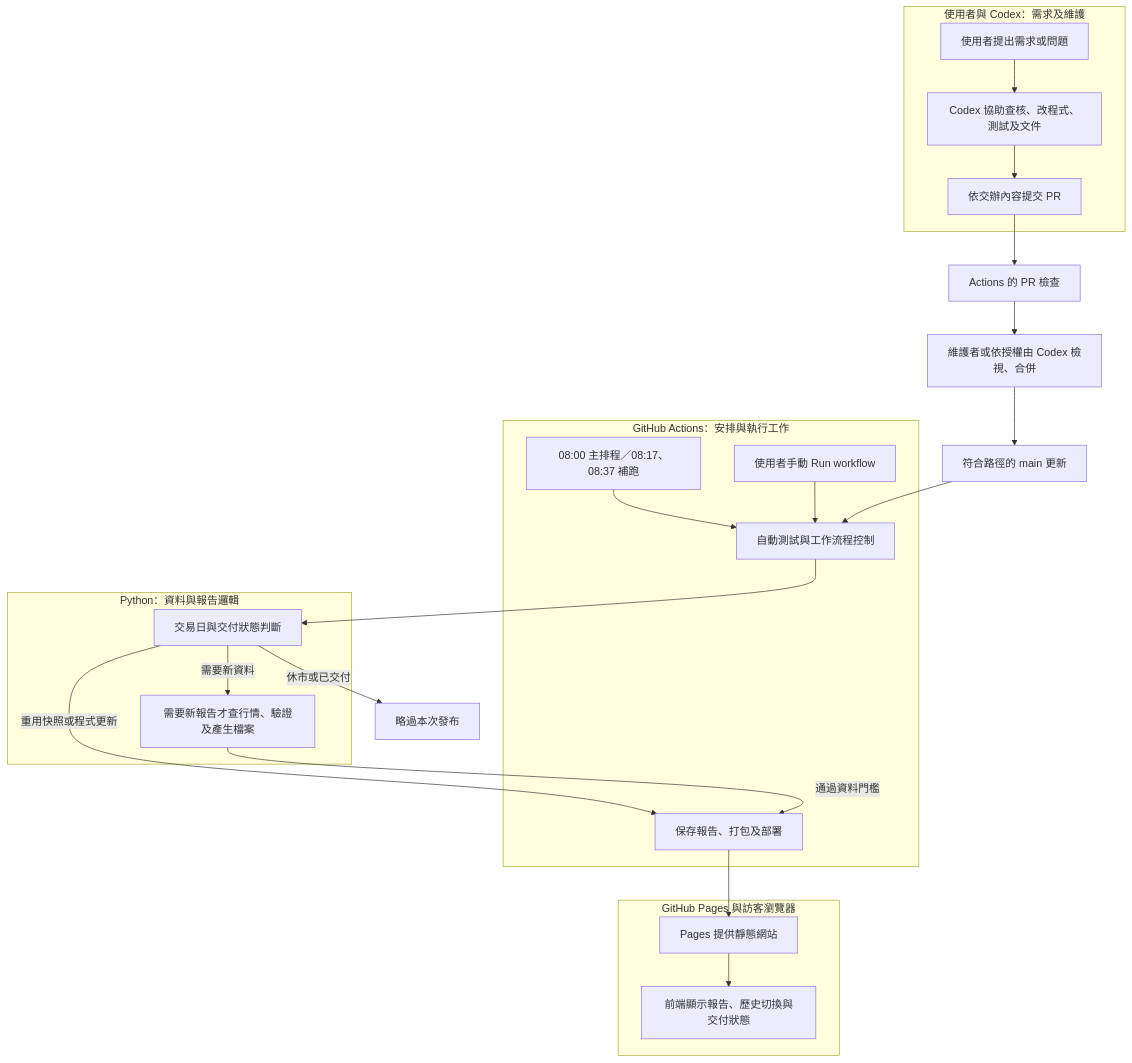
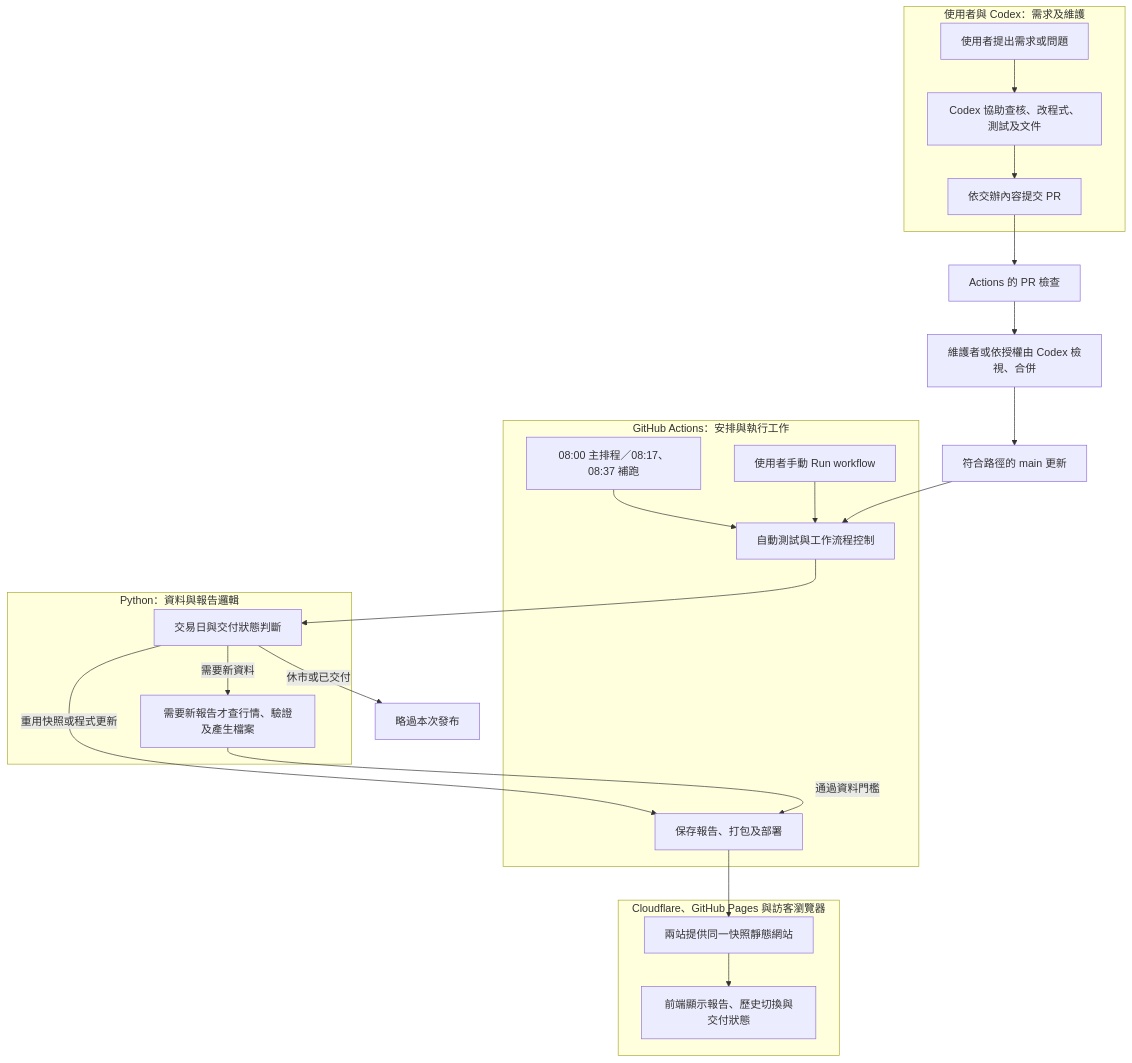
Before and after one commit to cjw9223233/PMOT: the first of 6 diagrams in docs/AUTOMATION.md, drawn with Mermaid. The commit also changed other lines of this file and 20 other files, not shown here.

Commit message:
Publish latest report on Cloudflare and verify both website deployments (#10)

````diff
--- a/docs/AUTOMATION.md
+++ b/docs/AUTOMATION.md
@@ -22,34 +24,34 @@
 ```mermaid
 flowchart TD
     subgraph People[使用者與 Codex：需求及維護]
         U[使用者提出需求或問題] --> C[Codex 協助查核、改程式、測試及文件]
         C --> PR[依交辦內容提交 PR]
     end
     subgraph Actions[GitHub Actions：安排與執行工作]
         T[08:00 主排程／08:17、08:37 補跑]
         M[使用者手動 Run workflow]
         CHECK[自動測試與工作流程控制]
         DEPLOY[保存報告、打包及部署]
     end
     subgraph Python[Python：資料與報告邏輯]
         DECIDE[交易日與交付狀態判斷]
         REPORT[需要新報告才查行情、驗證及產生檔案]
     end
-    subgraph Website[GitHub Pages 與訪客瀏覽器]
-        HOST[Pages 提供靜態網站]
+    subgraph Website[Cloudflare、GitHub Pages 與訪客瀏覽器]
+        HOST[兩站提供同一快照靜態網站]
         FRONT[前端顯示報告、歷史切換與交付狀態]
     end
     PR --> CI[Actions 的 PR 檢查]
     CI --> REVIEW[維護者或依授權由 Codex 檢視、合併]
     REVIEW --> PUSH[符合路徑的 main 更新]
     T --> CHECK
     M --> CHECK
     PUSH --> CHECK
     CHECK --> DECIDE
     DECIDE -->|需要新資料| REPORT
     DECIDE -->|重用快照或程式更新| DEPLOY
     DECIDE -->|休市或已交付| SKIP[略過本次發布]
     REPORT -->|通過資料門檻| DEPLOY
     DEPLOY --> HOST
     HOST --> FRONT
 ```
````
